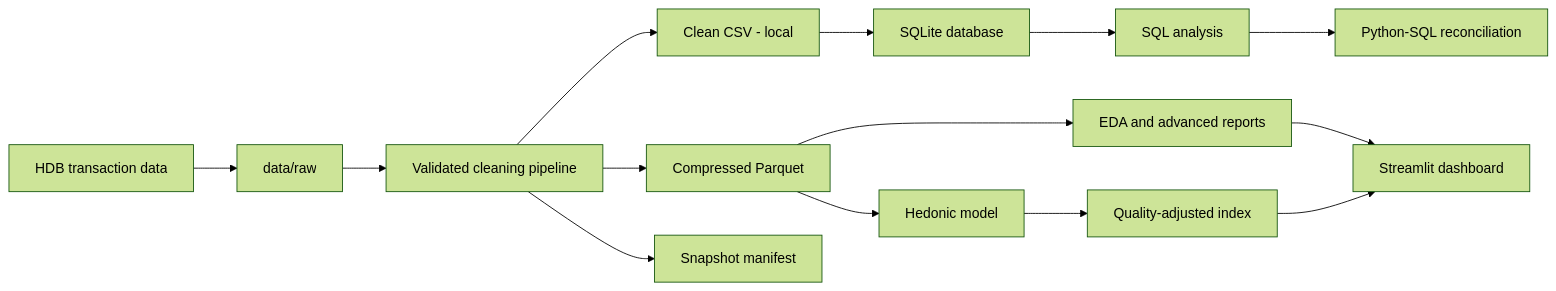
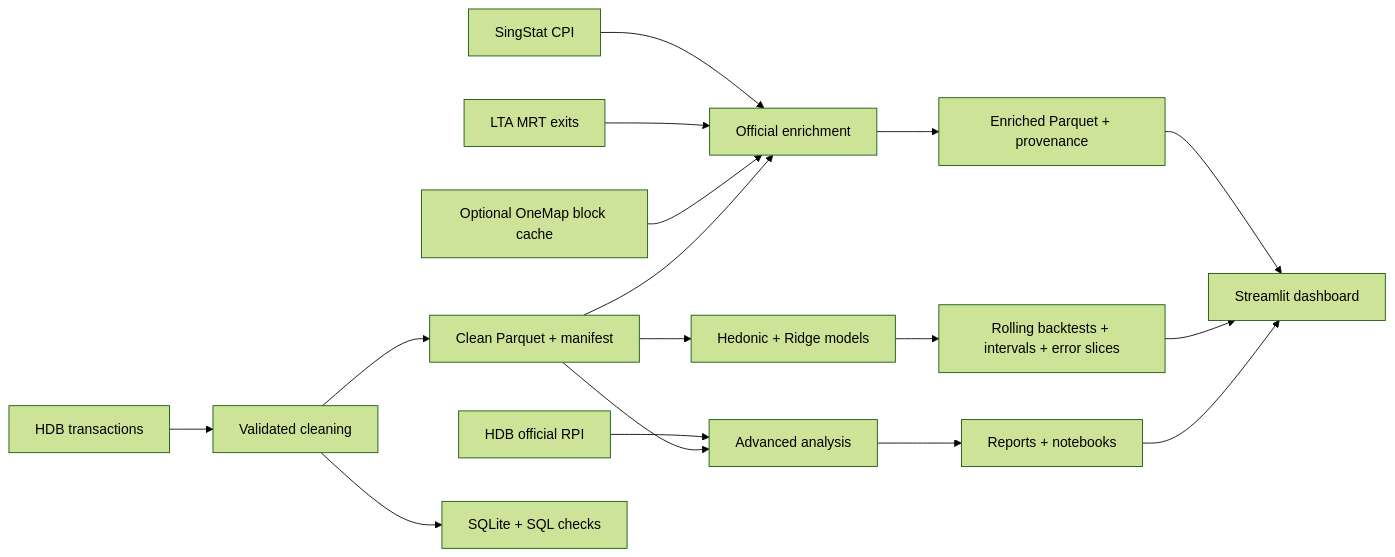
The diagram in README.md (Aiden812/singapore-hdb-resale-analytics), drawn with Mermaid (forest theme) before and after one commit. The commit also changed other lines of this file and 32 other files, not shown here.

````diff
--- a/README.md
+++ b/README.md
@@ -81,16 +107,19 @@
 ```mermaid
 flowchart LR
-    A[HDB transaction data] --> B[data/raw]
-    B --> C[Validated cleaning pipeline]
-    C --> D[Clean CSV - local]
-    C --> E[Compressed Parquet]
-    C --> F[Snapshot manifest]
-    D --> G[SQLite database]
-    G --> H[SQL analysis]
-    H --> I[Python-SQL reconciliation]
-    E --> J[EDA and advanced reports]
-    E --> K[Hedonic model]
-    K --> L[Quality-adjusted index]
-    J --> M[Streamlit dashboard]
-    L --> M
+    A[HDB transactions] --> D[Validated cleaning]
+    B[HDB official RPI] --> H[Advanced analysis]
+    C[SingStat CPI] --> E[Official enrichment]
+    M[LTA MRT exits] --> E
+    O[Optional OneMap block cache] --> E
+    D --> P[Clean Parquet + manifest]
+    D --> S[SQLite + SQL checks]
+    P --> E
+    P --> H
+    P --> K[Hedonic + Ridge models]
+    E --> Q[Enriched Parquet + provenance]
+    K --> R[Rolling backtests + intervals + error slices]
+    H --> U[Reports + notebooks]
+    Q --> V[Streamlit dashboard]
+    R --> V
+    U --> V
 ```
````
